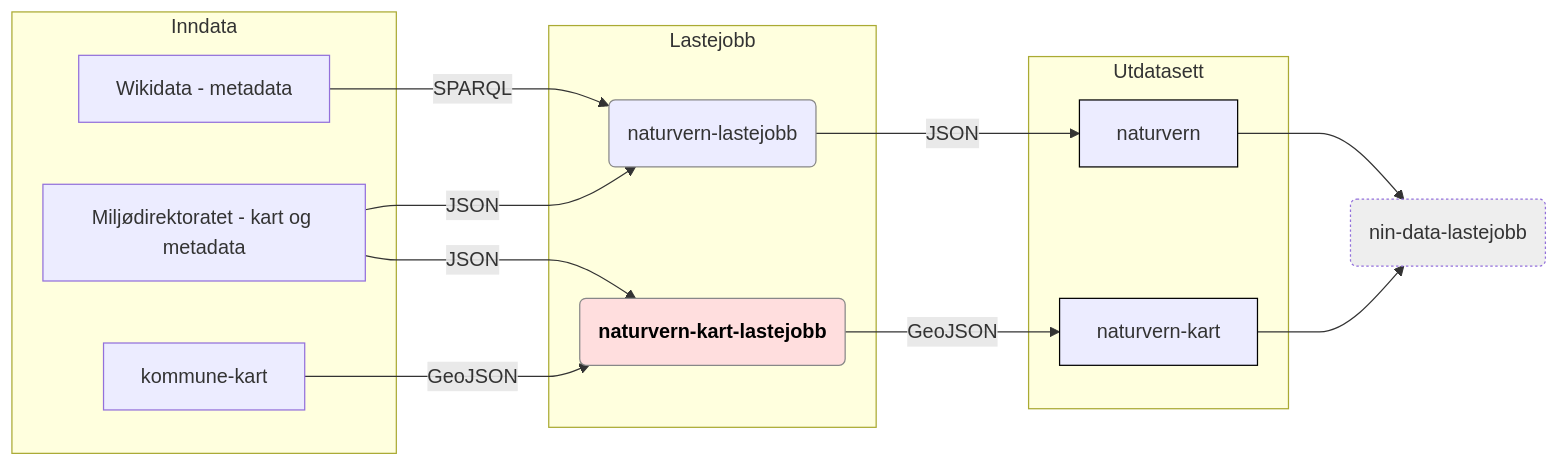
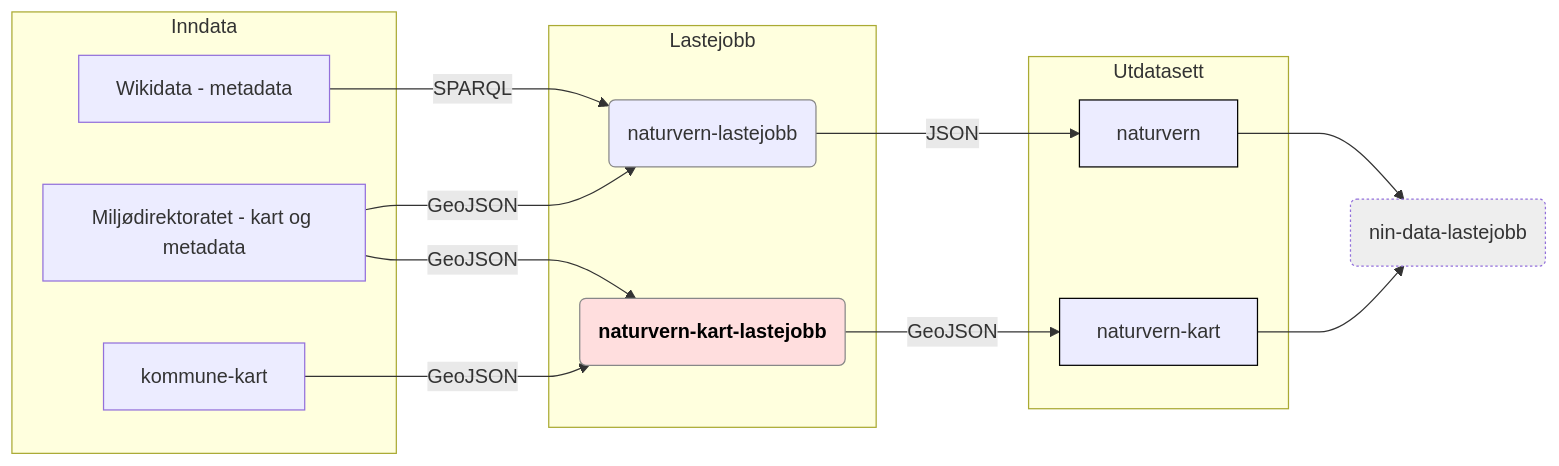
One commit to Artsdatabanken/naturvern-kart-lastejobb changed the diagram in doc/flytdiagram.md. Above: the diagram before and after it, drawn with Mermaid. The commit also changed 1 other file, not shown here.

Commit message:
GeoJSON fra Miljødirektoratet

````diff
--- a/doc/flytdiagram.md
+++ b/doc/flytdiagram.md
@@ -1,46 +1,46 @@
 ```mermaid
 
 graph LR;
   linkStyle default interpolate monotoneX
     subgraph Inndata
       kommune-kart[kommune-kart]
       wikidata[Wikidata - metadata]
       mdir[Miljødirektoratet - kart og metadata]
     end
     subgraph Lastejobb
       naturvern-kart-lastejobb(naturvern-kart-lastejobb)
       naturvern-lastejobb(naturvern-lastejobb)
     end
     subgraph Utdatasett
       naturvern-kart[naturvern-kart]
       naturvern[naturvern]
     end
     wikidata-->|SPARQL|naturvern-lastejobb;
-    mdir-->|JSON|naturvern-lastejobb;
-    mdir-->|JSON|naturvern-kart-lastejobb;
+    mdir-->|GeoJSON|naturvern-lastejobb;
+    mdir-->|GeoJSON|naturvern-kart-lastejobb;
     naturvern-kart-lastejobb-->|GeoJSON|naturvern-kart;
     naturvern-lastejobb-->|JSON|naturvern;
     kommune-kart-->|GeoJSON|naturvern-kart-lastejobb(naturvern-kart-lastejobb);
     naturvern-->nin-data-lastejobb(nin-data-lastejobb);
     naturvern-kart-->nin-data-lastejobb(nin-data-lastejobb);
     click naturvern-lastejobb "https://github.com/Artsdatabanken/naturvern-lastejobb" "_"
     click naturvern "https://github.com/Artsdatabanken/naturvern" "_"
     click naturvern-kart "https://github.com/Artsdatabanken/naturvern-kart" "_"
     click naturvern-kart-lastejobb "https://github.com/Artsdatabanken/naturvern-kart-lastejobb" "_"
     click kommune-kart "https://github.com/Artsdatabanken/kommune-kart" "_"
     click wikidata "https://www.wikidata.org/wiki/Q15284" "_"
     click mdir "https://www.mdir.no" "_"
 
 class naturvern-kart-lastejobb focus
 class kommune,wikidata,mdir data
 class naturvern,naturvern-kart, utdata
 class naturvern-lastejobb,xnaturvern-kart-lastejobb lastejobb
 class nin-data-lastejobb next
 classDef focusx stroke:#888,stroke-width:3px,font-weight:600;
 classDef focus color:#000,fill:#ffdede,stroke:#888,stroke-widthx:3px,font-weight:600;
 classDef data fillx:#ffd;
 classDef lastejobb fillx:#fff,stroke:#888;
 classDef utdata fillx:#ffa,stroke:#000;
 classDef next fill:#eee,stroke-dasharray: 2, 2;
 
 ```
````
